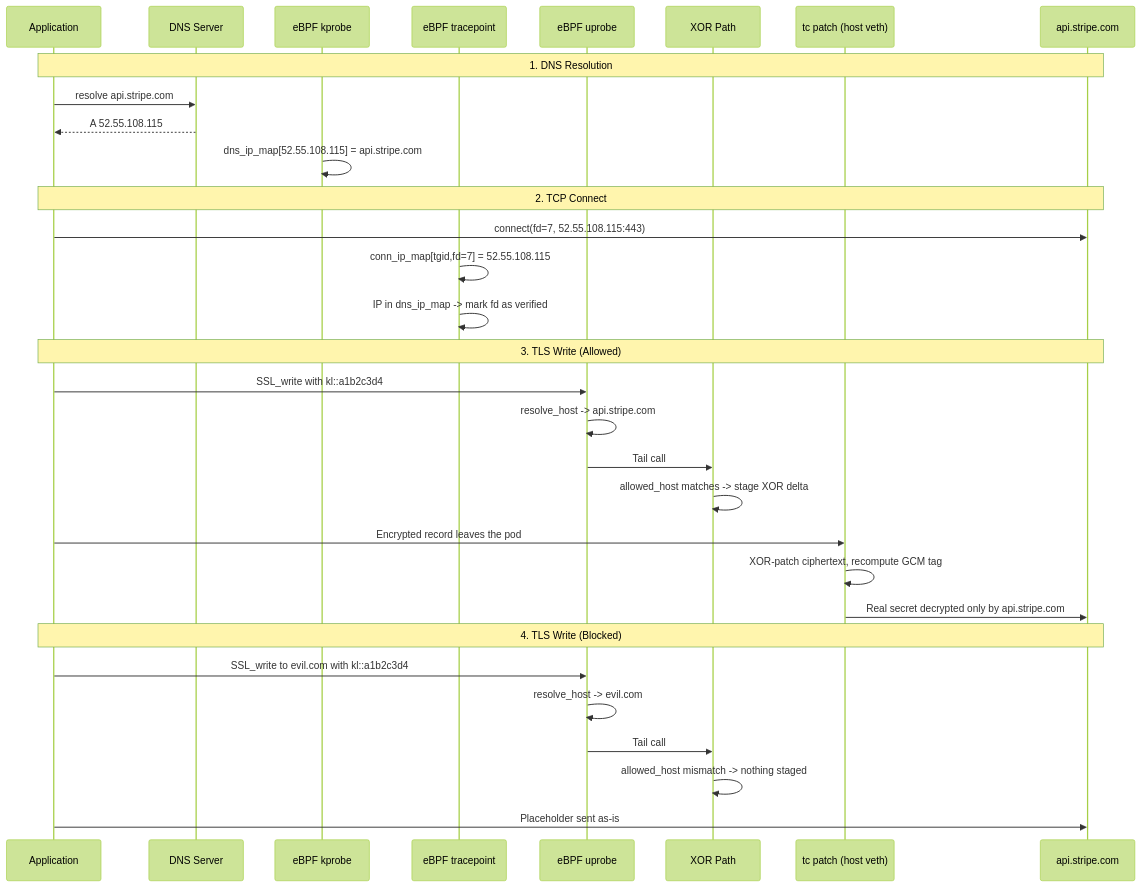
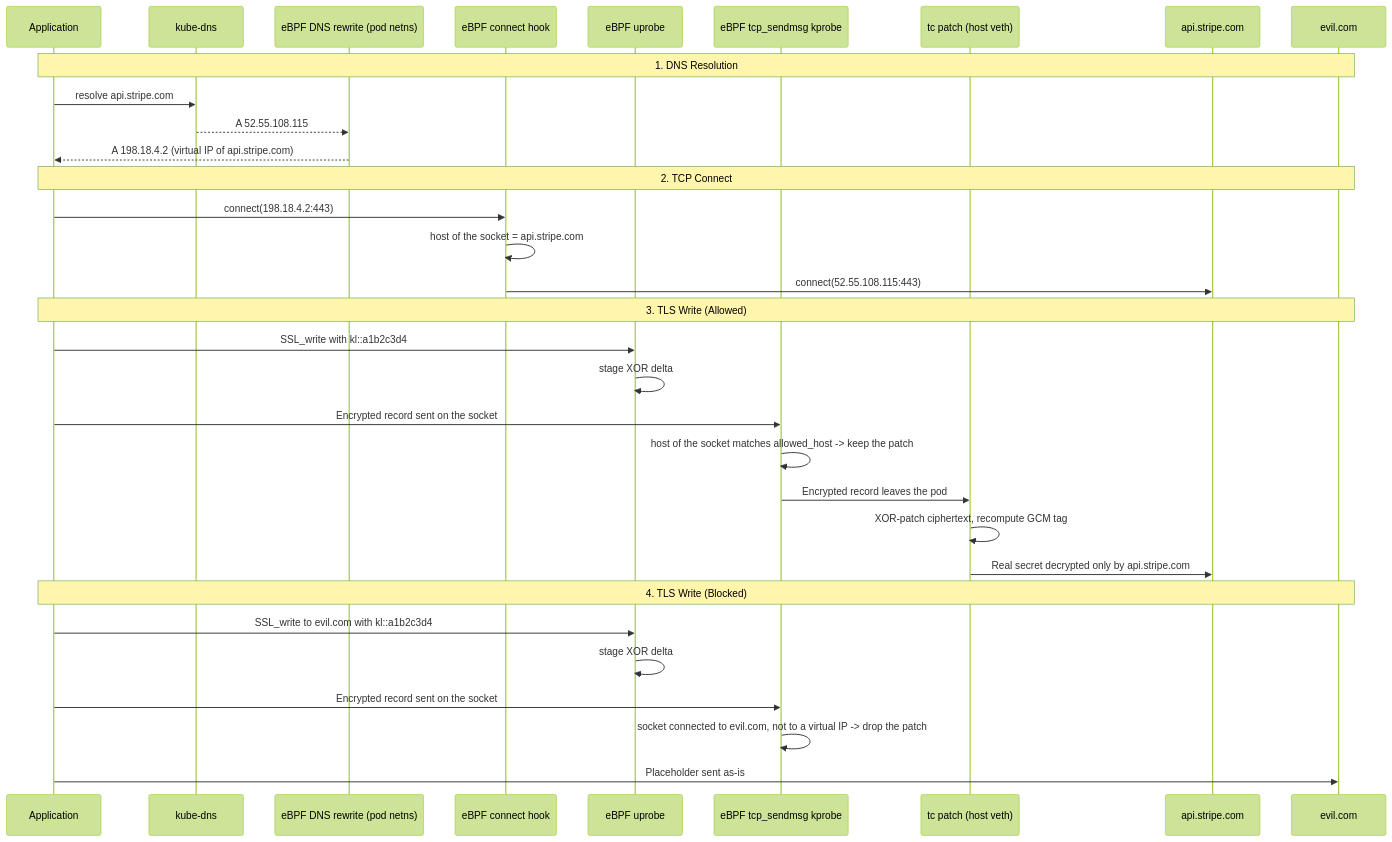
One commit to spinningfactory/kloak changed the second of 2 diagrams in README.md. Above: the diagram before and after it, drawn with Mermaid (forest theme). The commit also changed other lines of this file and 13 other files, not shown here.

````diff
--- a/README.md
+++ b/README.md
@@ -152,37 +166,38 @@
 ```mermaid
 sequenceDiagram
     participant App as Application
-    participant DNS as DNS Server
-    participant KP as eBPF kprobe
-    participant TP as eBPF tracepoint
+    participant DNS as kube-dns
+    participant RW as eBPF DNS rewrite (pod netns)
+    participant CG as eBPF connect hook
     participant UP as eBPF uprobe
-    participant XOR as XOR Path
+    participant KP as eBPF tcp_sendmsg kprobe
     participant TC as tc patch (host veth)
     participant Srv as api.stripe.com
+    participant Evil as evil.com
 
-    Note over App,Srv: 1. DNS Resolution
+    Note over App,Evil: 1. DNS Resolution
     App->>DNS: resolve api.stripe.com
-    DNS-->>App: A 52.55.108.115
-    KP->>KP: dns_ip_map[52.55.108.115] = api.stripe.com
+    DNS-->>RW: A 52.55.108.115
+    RW-->>App: A 198.18.4.2 (virtual IP of api.stripe.com)
 
-    Note over App,Srv: 2. TCP Connect
-    App->>Srv: connect(fd=7, 52.55.108.115:443)
-    TP->>TP: conn_ip_map[tgid,fd=7] = 52.55.108.115
-    TP->>TP: IP in dns_ip_map -> mark fd as verified
+    Note over App,Evil: 2. TCP Connect
+    App->>CG: connect(198.18.4.2:443)
+    CG->>CG: host of the socket = api.stripe.com
+    CG->>Srv: connect(52.55.108.115:443)
 
-    Note over App,Srv: 3. TLS Write (Allowed)
+    Note over App,Evil: 3. TLS Write (Allowed)
     App->>UP: SSL_write with kl::a1b2c3d4
-    UP->>UP: resolve_host -> api.stripe.com
-    UP->>XOR: Tail call
-    XOR->>XOR: allowed_host matches -> stage XOR delta
-    App->>TC: Encrypted record leaves the pod
+    UP->>UP: stage XOR delta
+    App->>KP: Encrypted record sent on the socket
+    KP->>KP: host of the socket matches allowed_host -> keep the patch
+    KP->>TC: Encrypted record leaves the pod
     TC->>TC: XOR-patch ciphertext, recompute GCM tag
     TC->>Srv: Real secret decrypted only by api.stripe.com
 
-    Note over App,Srv: 4. TLS Write (Blocked)
+    Note over App,Evil: 4. TLS Write (Blocked)
     App->>UP: SSL_write to evil.com with kl::a1b2c3d4
-    UP->>UP: resolve_host -> evil.com
-    UP->>XOR: Tail call
-    XOR->>XOR: allowed_host mismatch -> nothing staged
-    App->>Srv: Placeholder sent as-is
+    UP->>UP: stage XOR delta
+    App->>KP: Encrypted record sent on the socket
+    KP->>KP: socket connected to evil.com, not to a virtual IP -> drop the patch
+    App->>Evil: Placeholder sent as-is
 ```
````
